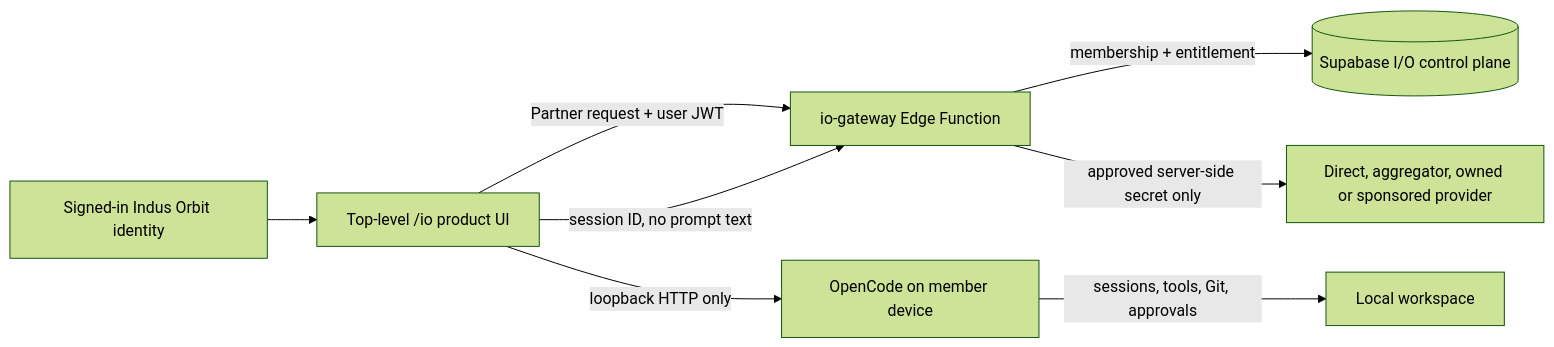
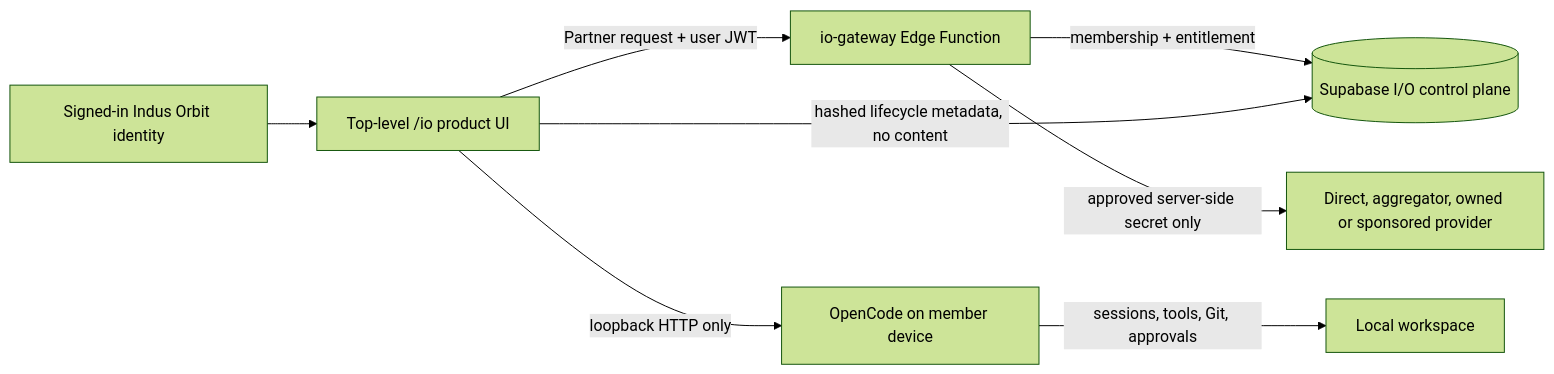
One commit to helloimakeimpact/indus-orbit-india changed the diagram in docs/io-system/io-port-system/IO_PORT_OPERATIONS_GUIDE.md. Above: the diagram before and after it, drawn with Mermaid (forest theme). The commit also changed other lines of this file and 34 other files, not shown here.

````diff
--- a/docs/io-system/io-port-system/IO_PORT_OPERATIONS_GUIDE.md
+++ b/docs/io-system/io-port-system/IO_PORT_OPERATIONS_GUIDE.md
@@ -18,10 +18,10 @@
 ```mermaid
 flowchart LR
   U["Signed-in Indus Orbit identity"] --> W["Top-level /io product UI"]
   W -->|"Partner request + user JWT"| G["io-gateway Edge Function"]
   G -->|"membership + entitlement"| DB[("Supabase I/O control plane")]
   G -->|"approved server-side secret only"| P["Direct, aggregator, owned or sponsored provider"]
   W -->|"loopback HTTP only"| O["OpenCode on member device"]
   O -->|"sessions, tools, Git, approvals"| L["Local workspace"]
-  W -->|"session ID, no prompt text"| G
+  W -->|"hashed lifecycle metadata, no content"| DB
 ```
````
